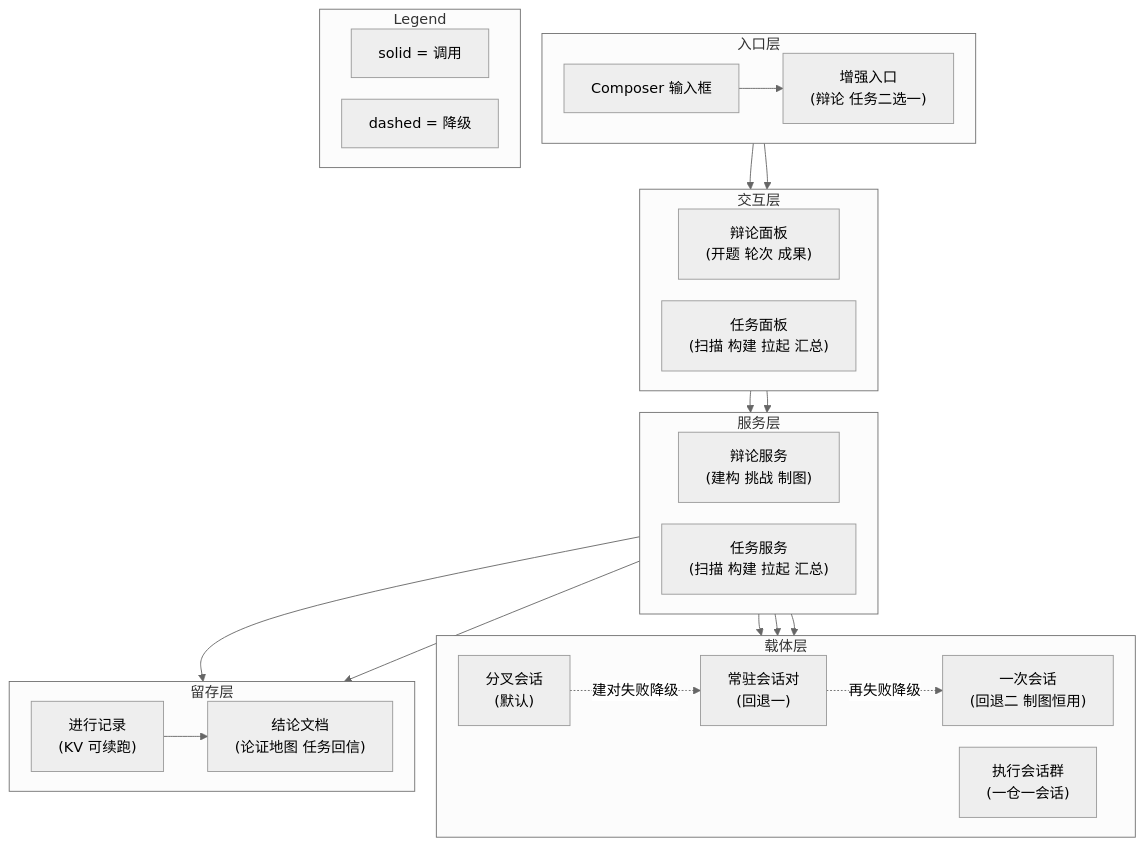
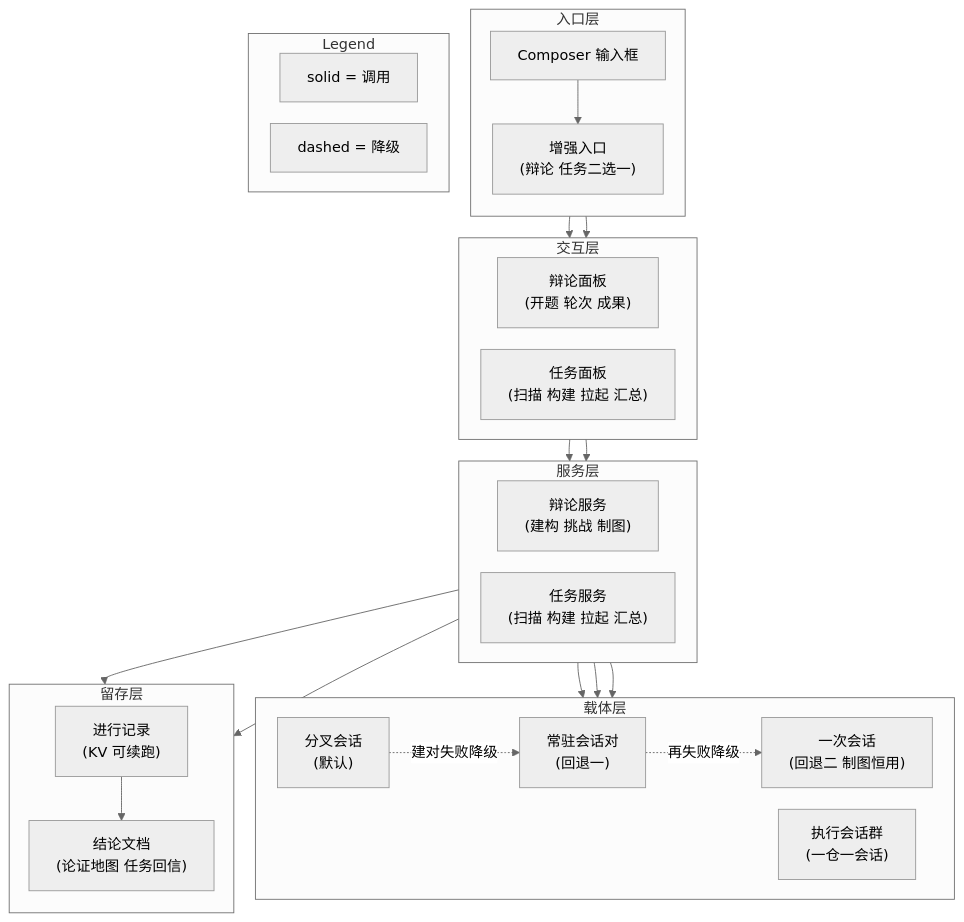
Before and after one commit to doubleelec/dsh-debate: the second of 4 diagrams in docs/architecture.md, drawn with Mermaid (neutral theme).

Commit message:
docs(arch): keep flow-linked tiers vertical, peers horizontal in 4.2

````diff
--- a/docs/architecture.md
+++ b/docs/architecture.md
@@ -86,51 +86,51 @@
 ```mermaid
 %%{init: {"flowchart": {"rankSpacing": 24, "nodeSpacing": 24}}}%%
 flowchart TD
     subgraph Entry["入口层"]
-        direction LR
+        direction TB
         composer["Composer 输入框"]
         menu["增强入口<br/>(辩论 任务二选一)"]
         composer --> menu
     end
     subgraph Face["交互层"]
         direction LR
         debateUI["辩论面板<br/>(开题 轮次 成果)"]
         taskUI["任务面板<br/>(扫描 构建 拉起 汇总)"]
     end
     subgraph Service["服务层"]
         direction LR
         debateSvc["辩论服务<br/>(建构 挑战 制图)"]
         taskSvc["任务服务<br/>(扫描 构建 拉起 汇总)"]
     end
     subgraph Carry["载体层"]
         direction LR
         fork["分叉会话<br/>(默认)"]
         resident["常驻会话对<br/>(回退一)"]
         oneshot["一次会话<br/>(回退二 制图恒用)"]
         taskGroup["执行会话群<br/>(一仓一会话)"]
     end
     subgraph Keep["留存层"]
-        direction LR
+        direction TB
         kv["进行记录<br/>(KV 可续跑)"]
         docs["结论文档<br/>(论证地图 任务回信)"]
         kv --> docs
     end
 
     menu --> debateUI
     menu --> taskUI
     debateUI --> debateSvc
     taskUI --> taskSvc
     debateSvc --> fork
     fork -.->|建对失败降级| resident
     resident -.->|再失败降级| oneshot
     debateSvc --> oneshot
     taskSvc --> taskGroup
     debateSvc --> kv
     taskSvc --> kv
 
     subgraph Legend["Legend"]
         direction LR
         L1["solid = 调用"]
         L2["dashed = 降级"]
     end
 ```
````
